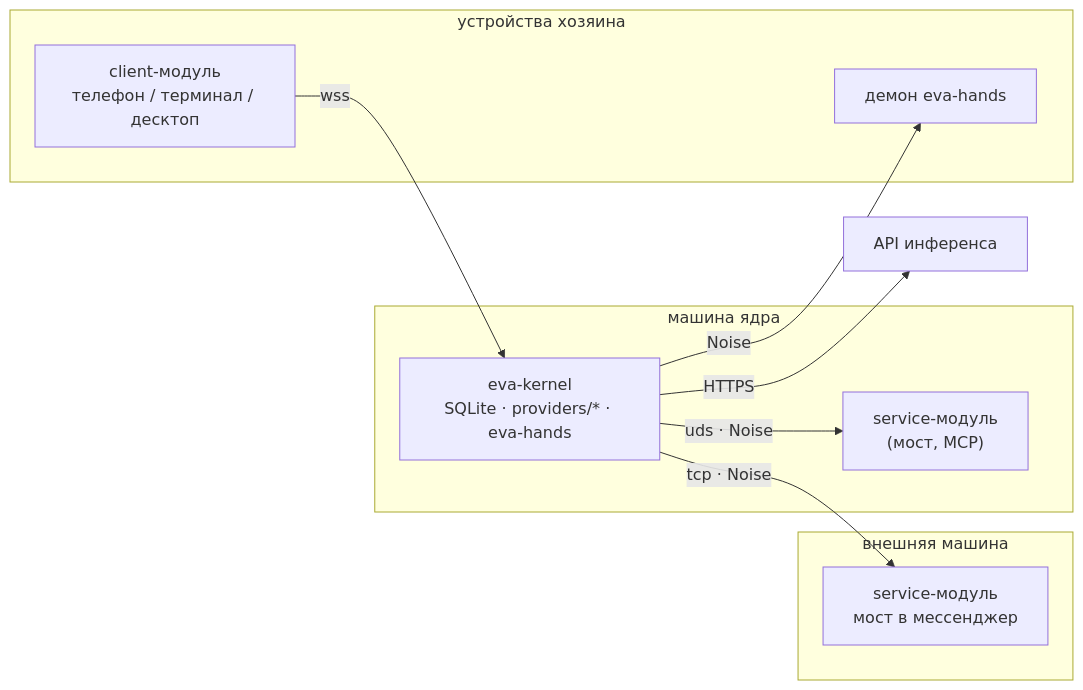
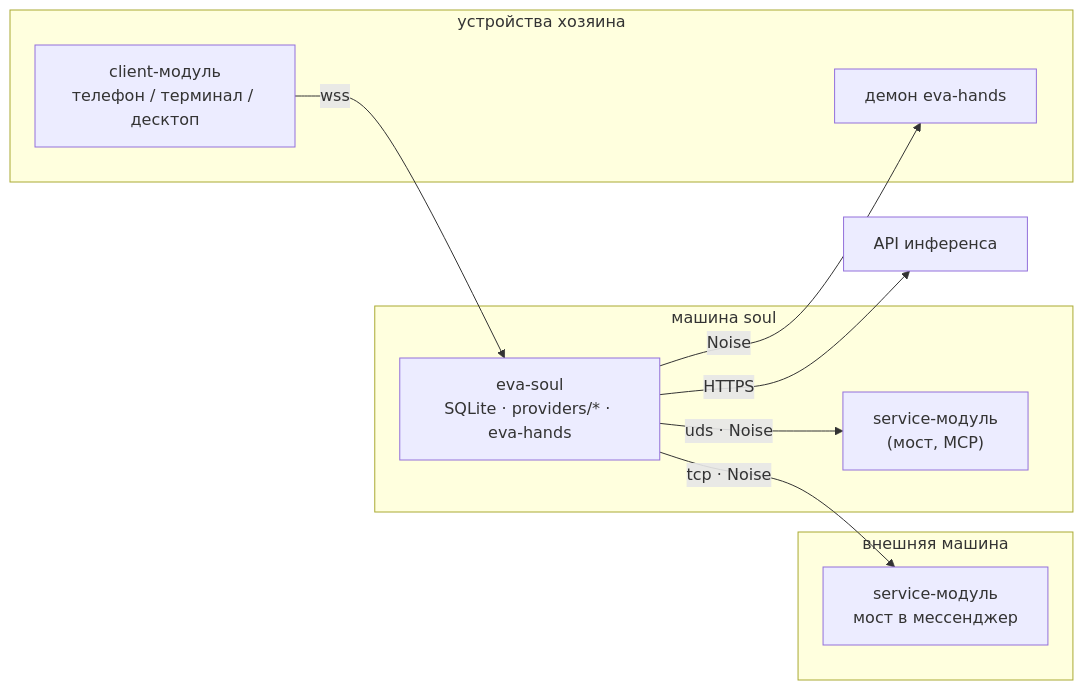
Before and after one commit to eva-rs/kernel: the first of 3 diagrams in docs/src/architecture.md, drawn with Mermaid. The commit also changed other lines of this file and 568 other files, not shown here.

First line of the commit message:
kernel переименован в soul; SDK модулей, локализация, управление сном

````diff
--- a/docs/src/architecture.md
+++ b/docs/src/architecture.md
@@ -5,19 +5,19 @@
 ```mermaid
 flowchart LR
-  subgraph host["машина ядра"]
-    K["eva-kernel<br/>SQLite · providers/* · eva-hands"]
+  subgraph host["машина soul"]
+    K["eva-soul<br/>SQLite · providers/* · eva-hands"]
     S1["service-модуль<br/>(мост, MCP)"]
   end
   subgraph owner["устройства хозяина"]
     C1["client-модуль<br/>телефон / терминал / десктоп"]
     H["демон eva-hands"]
   end
   subgraph remote["внешняя машина"]
     S2["service-модуль<br/>мост в мессенджер"]
   end
   K -- "uds · Noise" --> S1
   C1 -- "wss" --> K
   K -- "tcp · Noise" --> S2
   K -- "Noise" --> H
   K -- "HTTPS" --> LLM["API инференса"]
 ```
````
